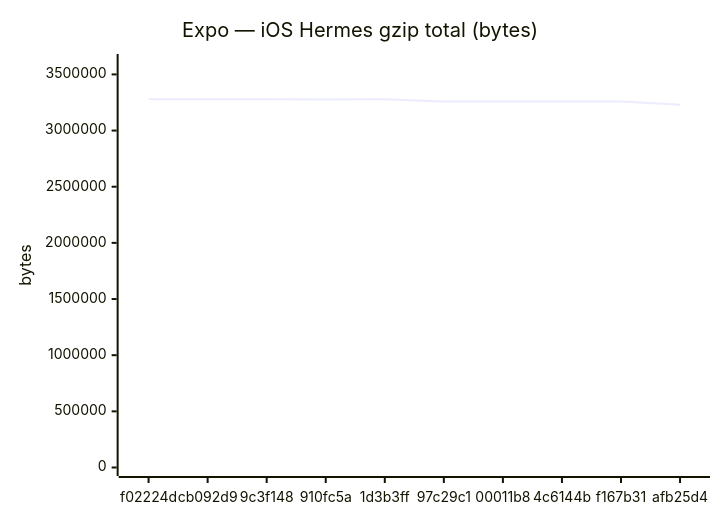
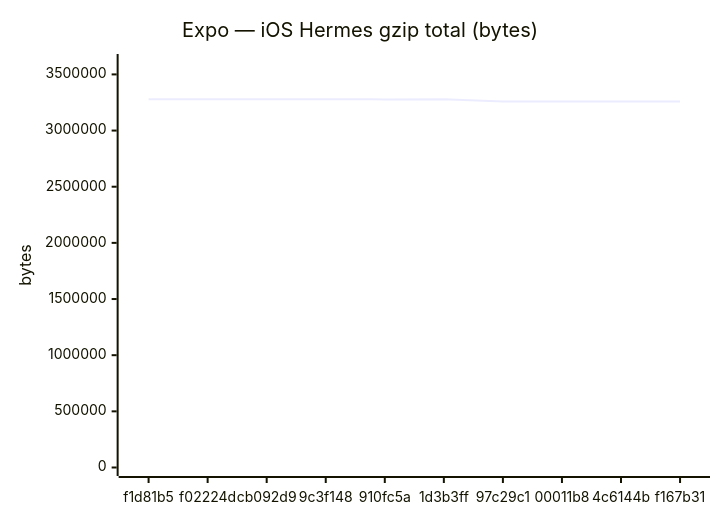
One commit to Metaheurist/Rianell changed the sixth of 18 diagrams in benchmarks/compare.md. Above: the diagram before and after it, drawn with Mermaid. The commit also changed other lines of this file and 11 other files, not shown here.

````diff
--- a/benchmarks/compare.md
+++ b/benchmarks/compare.md
@@ -96,7 +96,7 @@
 ```mermaid
 xychart-beta
     title "Expo — iOS Hermes gzip total (bytes)"
-    x-axis ["f02224d", "cb092d9", "9c3f148", "910fc5a", "1d3b3ff", "97c29c1", "00011b8", "4c6144b", "f167b31", "afb25d4"]
+    x-axis ["f1d81b5", "f02224d", "cb092d9", "9c3f148", "910fc5a", "1d3b3ff", "97c29c1", "00011b8", "4c6144b", "f167b31"]
     y-axis "bytes" 0 --> 3606021
-    line [3278200, 3278198, 3278199, 3277688, 3278198, 3258272, 3258276, 3258273, 3258270, 3230867]
+    line [3278200, 3278200, 3278198, 3278199, 3277688, 3278198, 3258272, 3258276, 3258273, 3258270]
 ```
````
